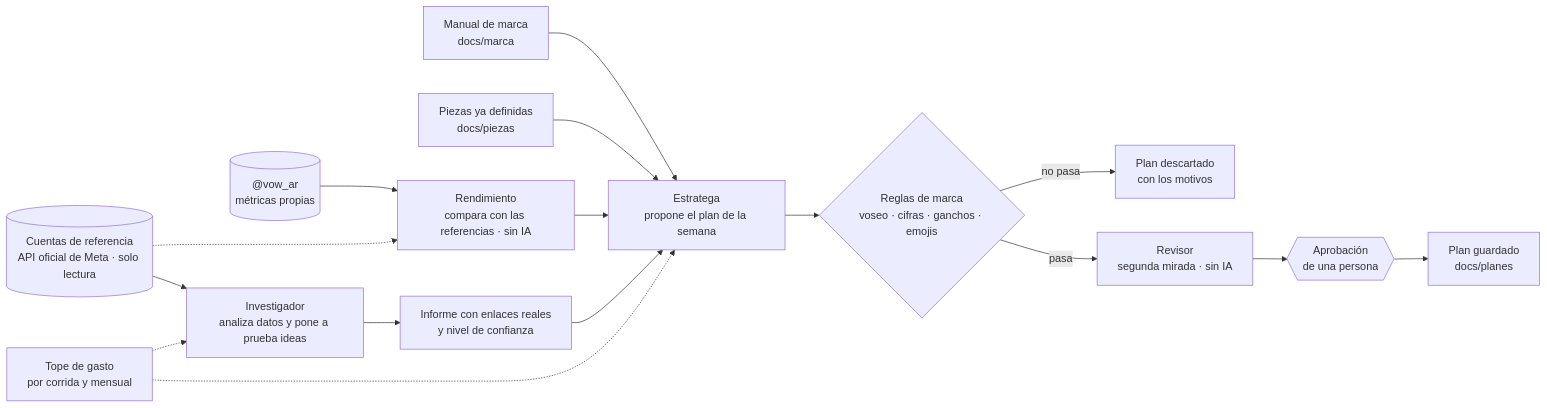
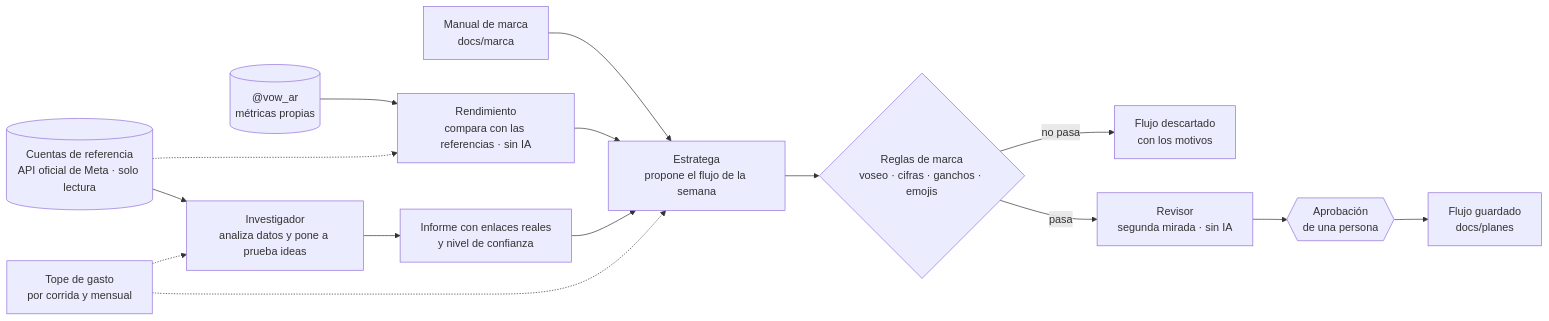
The second of 2 diagrams in README.md (FacundoGuiraldes/vow), drawn with Mermaid before and after one commit. The commit also changed other lines of this file and 82 other files, not shown here.

First line of the commit message:
Flujo semanal sin piezas y sin bot de Telegram: queda solo VOW HQ (#127)

````diff
--- a/README.md
+++ b/README.md
@@ -187,18 +175,17 @@
 ```mermaid
 flowchart LR
     meta[("Cuentas de referencia<br/>API oficial de Meta · solo lectura")] --> inv["Investigador<br/>analiza datos y pone a prueba ideas"]
     inv --> informe["Informe con enlaces reales<br/>y nivel de confianza"]
     cerebro["Manual de marca<br/>docs/marca"] --> est
-    definidas["Piezas ya definidas<br/>docs/piezas"] --> est
     propia[("@vow_ar<br/>métricas propias")] --> rend["Rendimiento<br/>compara con las referencias · sin IA"]
     meta -.-> rend
     rend --> est
-    informe --> est["Estratega<br/>propone el plan de la semana"]
+    informe --> est["Estratega<br/>propone el flujo de la semana"]
     est --> reglas{"Reglas de marca<br/>voseo · cifras · ganchos · emojis"}
-    reglas -->|"no pasa"| descarte["Plan descartado<br/>con los motivos"]
+    reglas -->|"no pasa"| descarte["Flujo descartado<br/>con los motivos"]
     reglas -->|"pasa"| rev["Revisor<br/>segunda mirada · sin IA"]
     rev --> aprob{{"Aprobación<br/>de una persona"}}
-    aprob --> plan["Plan guardado<br/>docs/planes"]
+    aprob --> plan["Flujo guardado<br/>docs/planes"]
     tope["Tope de gasto<br/>por corrida y mensual"] -.-> inv
     tope -.-> est
 ```
````
